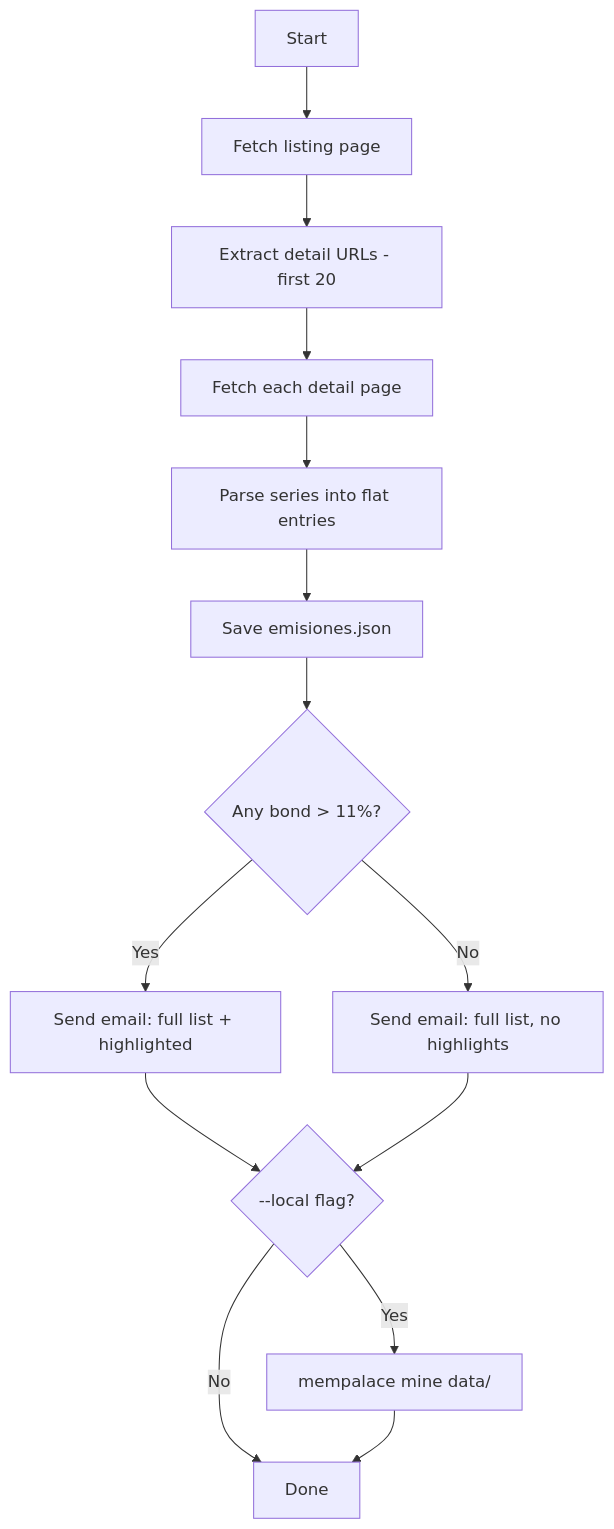
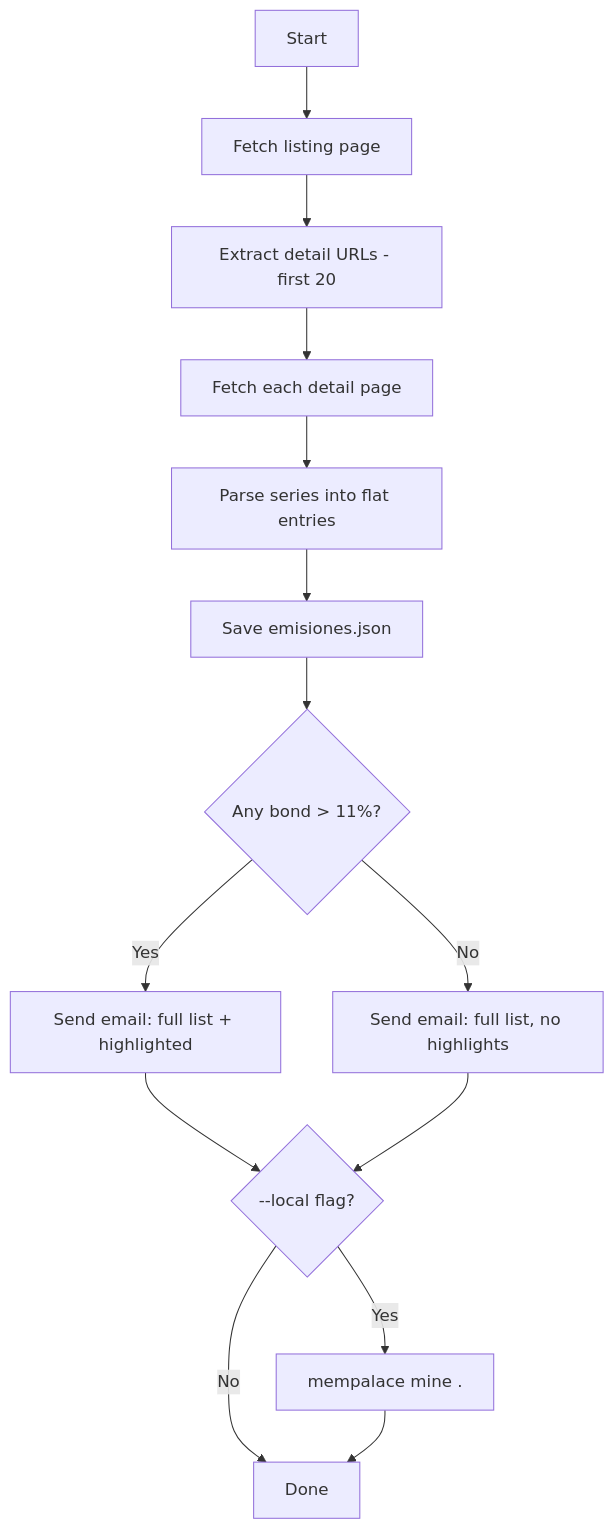
The diagram in PLAN.md (kiquetal/bons-reader-py), drawn with Mermaid before and after one commit. The commit also changed other lines of this file and 1 other file, not shown here.

First line of the commit message:
fix: correct mempalace ingestion command usage

````diff
--- a/PLAN.md
+++ b/PLAN.md
@@ -27,16 +27,16 @@
 ```mermaid
 flowchart TD
     A[Start] --> B[Fetch listing page]
     B --> C[Extract detail URLs - first 20]
     C --> D[Fetch each detail page]
     D --> E[Parse series into flat entries]
     E --> F[Save emisiones.json]
     F --> G{Any bond > 11%?}
     G -->|Yes| H[Send email: full list + highlighted]
     G -->|No| H2[Send email: full list, no highlights]
     H --> I{--local flag?}
     H2 --> I
-    I -->|Yes| J[mempalace mine data/]
+    I -->|Yes| J[mempalace mine .]
     I -->|No| K[Done]
     J --> K
 ```
````
